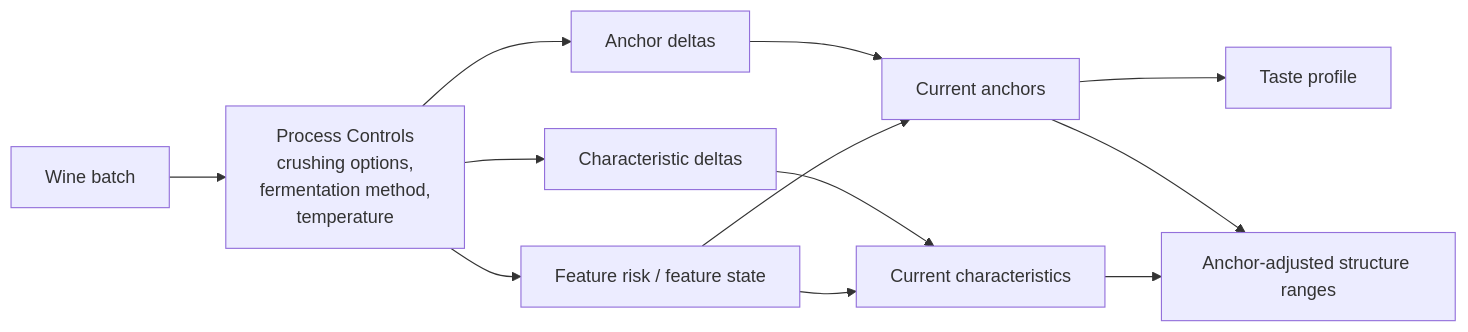
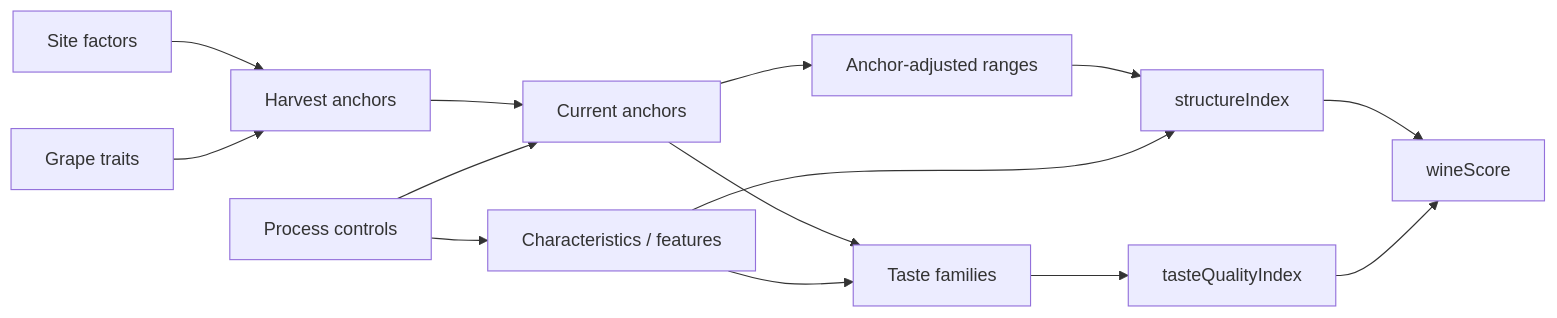
One commit to gram12321/winemaker04 changed the second of 4 diagrams in docs/WineSystem_VariableRelationshipMap.md. Above: the diagram before and after it, drawn with Mermaid. The commit also changed other lines of this file and 40 other files, not shown here.

````diff
--- a/docs/WineSystem_VariableRelationshipMap.md
+++ b/docs/WineSystem_VariableRelationshipMap.md
@@ -107,14 +57,16 @@
 ```mermaid
 flowchart LR
-  WB["Wine batch"] --> PC["Process Controls\ncrushing options,\nfermentation method,\ntemperature"]
-  PC --> AD["Anchor deltas"]
-  PC --> CD["Characteristic deltas"]
-  PC --> FE["Feature risk / feature state"]
-  AD --> CA["Current anchors"]
-  CD --> CH["Current characteristics"]
-  FE --> CA
-  FE --> CH
-  CA --> TASTE["Taste profile"]
-  CA --> STRUCT["Anchor-adjusted structure ranges"]
-  CH --> STRUCT
+  SF["Site factors"] --> HA["Harvest anchors"]
+  GT["Grape traits"] --> HA
+  HA --> CA["Current anchors"]
+  PC["Process controls"] --> CA
+  PC --> CH["Characteristics / features"]
+  CA --> AR["Anchor-adjusted ranges"]
+  AR --> SI["structureIndex"]
+  CH --> SI
+  CA --> TF["Taste families"]
+  CH --> TF
+  TF --> TQI["tasteQualityIndex"]
+  SI --> WS["wineScore"]
+  TQI --> WS
 ```
````
